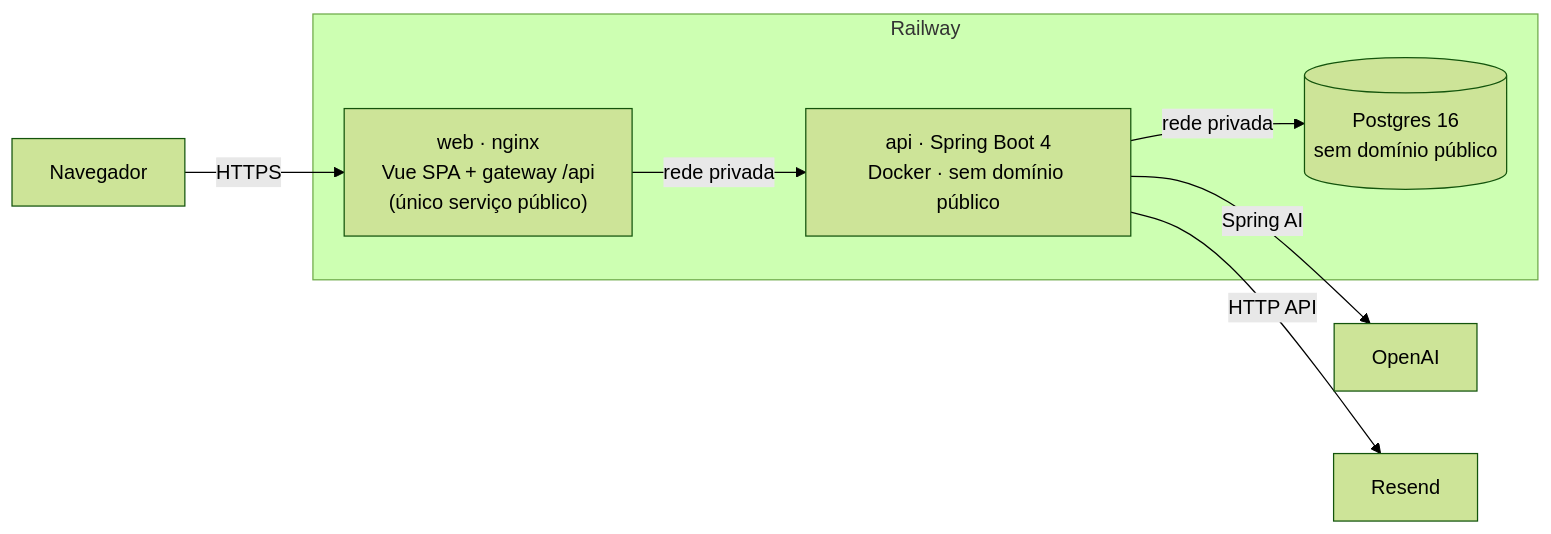
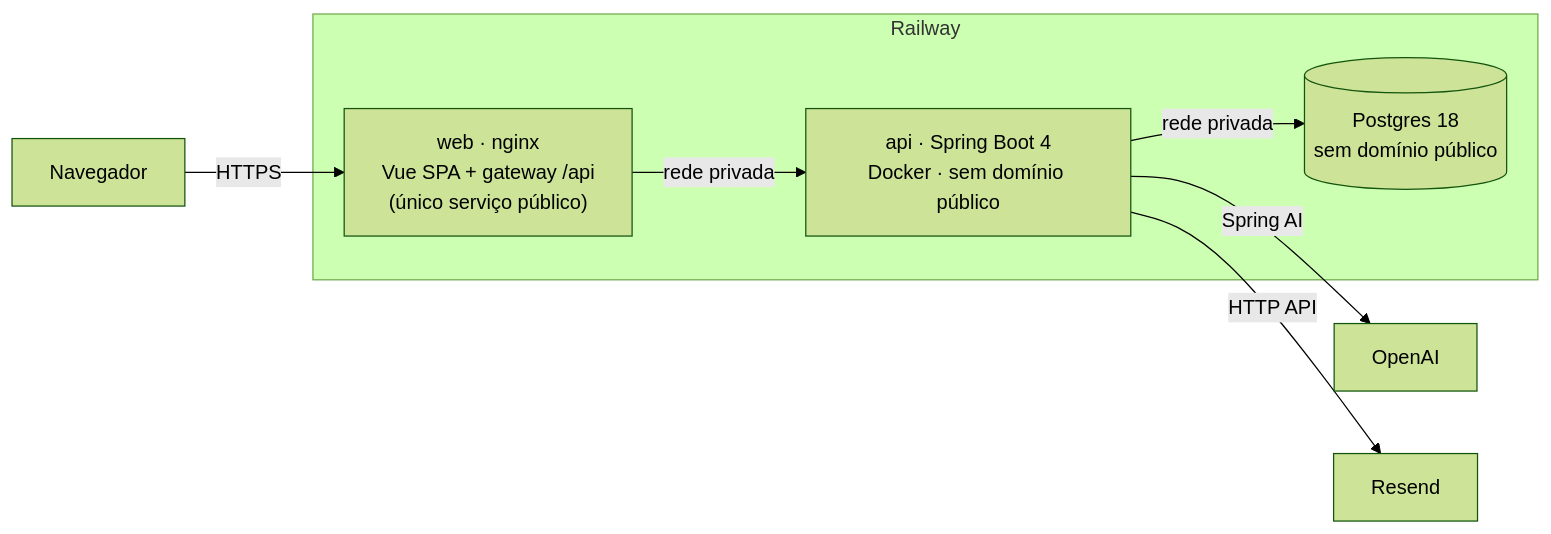
Before and after one commit to lucasaita1/MagicChefAI: the first of 2 diagrams in README.md, drawn with Mermaid (forest theme). The commit also changed other lines of this file and 2 other files, not shown here.

Commit message:
docs: update Postgres version to 18 and migration count

````diff
--- a/README.md
+++ b/README.md
@@ -44,13 +44,13 @@
 ```mermaid
 flowchart LR
     U[Navegador] -- HTTPS --> W
     subgraph Railway
         W["web · nginx<br/>Vue SPA + gateway /api<br/>(único serviço público)"]
         A["api · Spring Boot 4<br/>Docker · sem domínio público"]
-        P[("Postgres 16<br/>sem domínio público")]
+        P[("Postgres 18<br/>sem domínio público")]
         W -- rede privada --> A
         A -- rede privada --> P
     end
     A -- Spring AI --> O[OpenAI]
     A -- HTTP API --> R[Resend]
 ```
````
